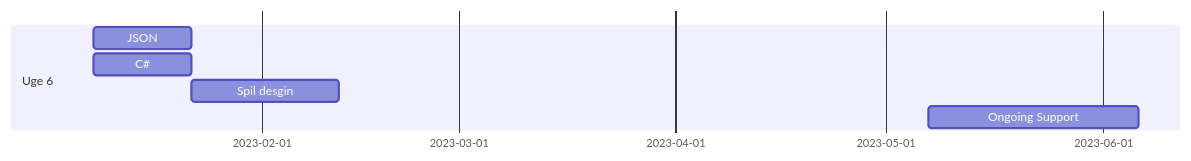
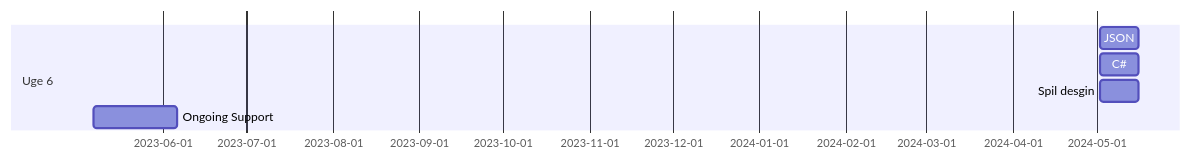
The diagram in README.md (Napow-git/TEC-P1), drawn with Mermaid before and after one commit.

````diff
--- a/README.md
+++ b/README.md
@@ -3,17 +3,17 @@
 ```mermaid
 
 gantt
 
 
         section Uge 6
     
-        JSON : 2023-01-08, 14d
+        JSON : 05-02-2024, 14d
     
-        C# : 2023-01-08, 14d
+        C# : 05-02-2024, 14d
     
-        Spil desgin : 2023-01-22, 21d
+        Spil desgin :05-02-2024, 14d
     
 
     Ongoing Support : 2023-05-07, 30d
 
 ```
````
